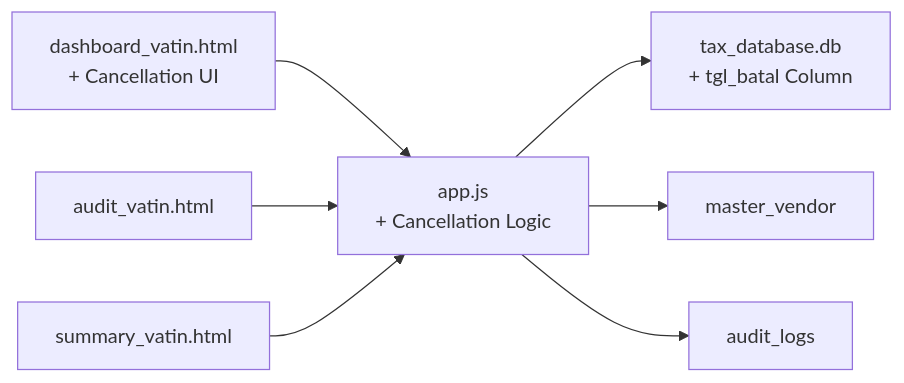
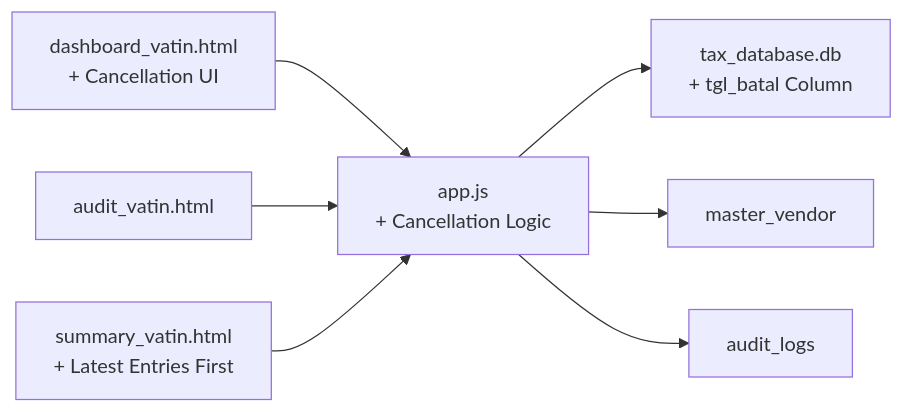
The sixth of 6 diagrams in .qoder/repowiki/en/content/VAT Management System/VAT Input (VAT IN).md (rendisiagian/TDS_by_RENDISIAGIAN), drawn with Mermaid before and after one commit. The commit also changed other lines of this file and 13 other files, not shown here.

````diff
--- a/.qoder/repowiki/en/content/VAT Management System/VAT Input (VAT IN).md
+++ b/.qoder/repowiki/en/content/VAT Management System/VAT Input (VAT IN).md
@@ -327,9 +338,9 @@
 ```mermaid
 graph LR
 UI["dashboard_vatin.html<br/>+ Cancellation UI"] --> API["app.js<br/>+ Cancellation Logic"]
 AUD["audit_vatin.html"] --> API
-SUM["summary_vatin.html"] --> API
+SUM["summary_vatin.html<br/>+ Latest Entries First"] --> API
 API --> DB["tax_database.db<br/>+ tgl_batal Column"]
 API --> VENDOR["master_vendor"]
 API --> LOGS["audit_logs"]
 ```
````
